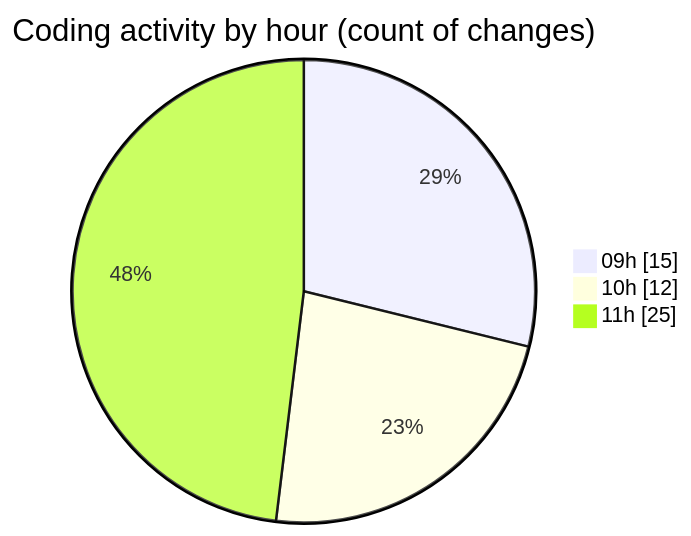
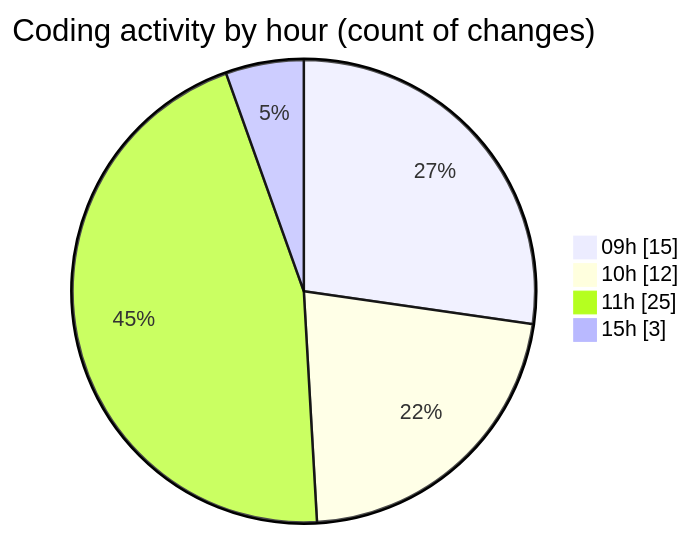
One commit to lephambinh05/code-tracking changed the second of 2 diagrams in 2025-09-16/datanv/README.md. Above: the diagram before and after it, drawn with Mermaid. The commit also changed other lines of this file and 1 other file, not shown here.

````diff
--- a/2025-09-16/datanv/README.md
+++ b/2025-09-16/datanv/README.md
@@ -50,7 +52,8 @@
 ```mermaid
 pie showData
 title Coding activity by hour (count of changes)
 "09h" : 15
 "10h" : 12
 "11h" : 25
+"15h" : 3
 ```
````
